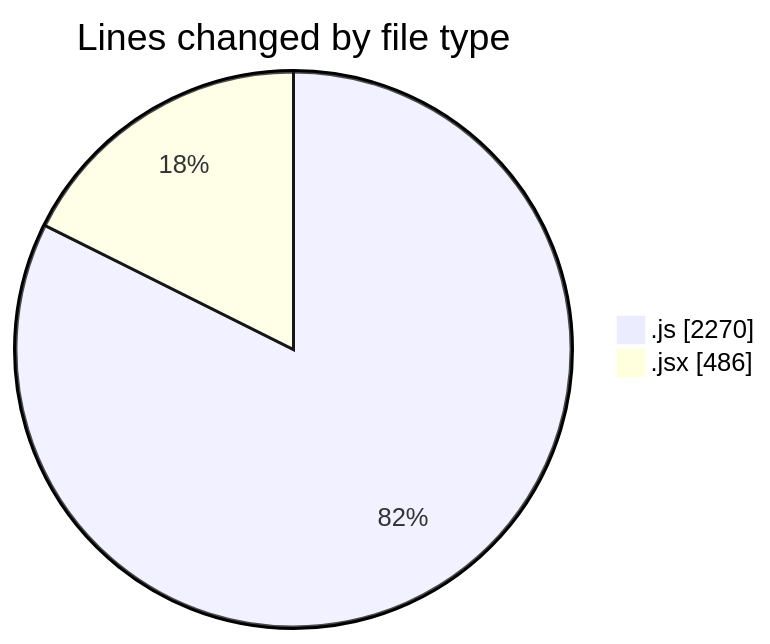
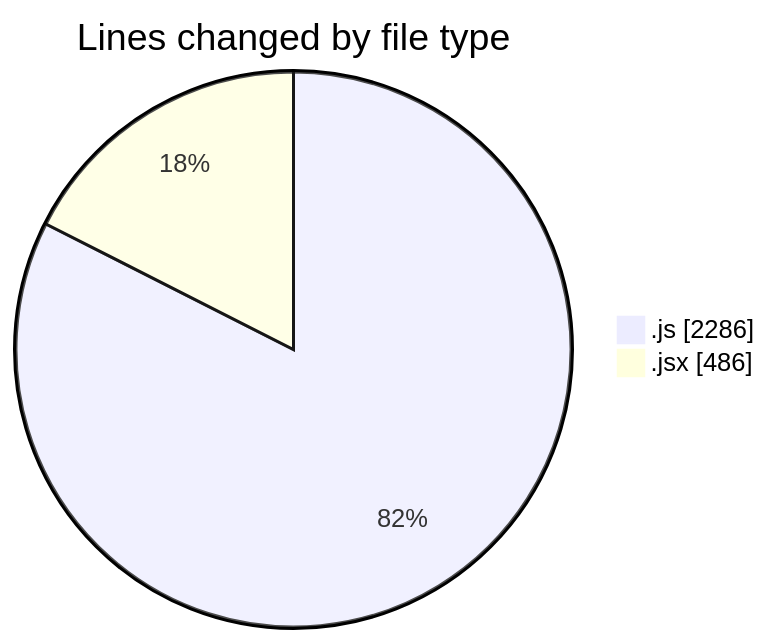
One commit to nxtqubesakshisongat/code-tracking changed the first of 2 diagrams in 2025-07-27/nxtqube_webapp/README.md. Above: the diagram before and after it, drawn with Mermaid. The commit also changed other lines of this file and 1 other file, not shown here.

````diff
--- a/2025-07-27/nxtqube_webapp/README.md
+++ b/2025-07-27/nxtqube_webapp/README.md
@@ -24,6 +24,6 @@
 ```mermaid
 pie showData
 title Lines changed by file type
-".js" : 2270
+".js" : 2286
 ".jsx" : 486
 ```
````
